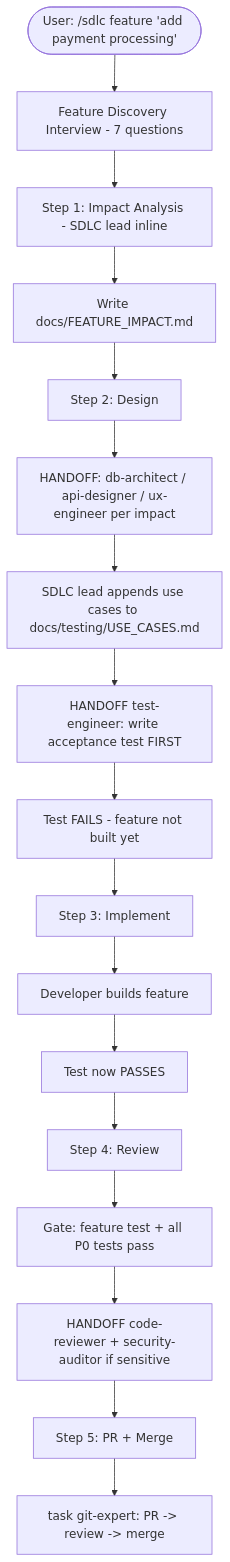
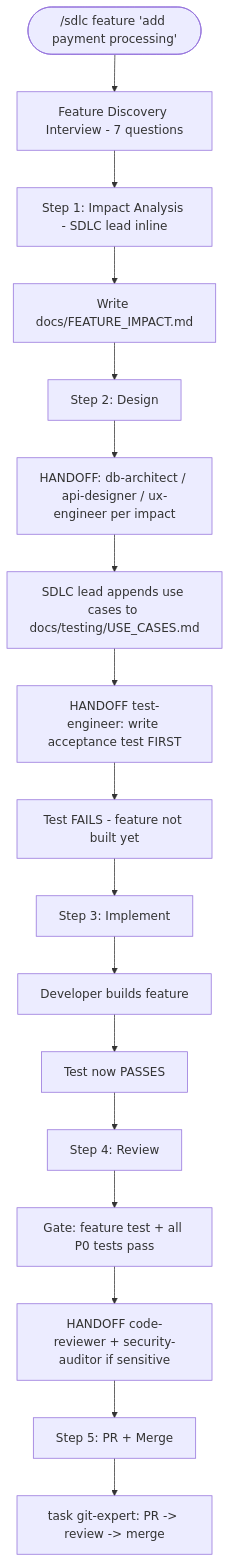
One commit to bpmforge/claude-experts changed the eighth of 9 diagrams in docs/AGENT_PROCESS_FLOW.md. Above: the diagram before and after it, drawn with Mermaid. The commit also changed other lines of this file and 15 other files, not shown here.

First line of the commit message:
security: harden researcher, fix mermaid syntax, extend LLM security checks

````diff
--- a/docs/AGENT_PROCESS_FLOW.md
+++ b/docs/AGENT_PROCESS_FLOW.md
@@ -244,19 +244,19 @@
 ```mermaid
 flowchart TD
-    Start([User: /sdlc feature 'add payment processing']) --> DI[Feature Discovery Interview - 7 questions]
+    Start(["/sdlc feature 'add payment processing'"]) --> DI[Feature Discovery Interview - 7 questions]
     DI --> Step1[Step 1: Impact Analysis - SDLC lead inline]
-    Step1 --> Impact[Write docs/FEATURE_IMPACT.md]
+    Step1 --> Impact["Write docs/FEATURE_IMPACT.md"]
     Impact --> Step2[Step 2: Design]
-    Step2 --> Specialist[HANDOFF: db-architect / api-designer / ux-engineer per impact]
-    Specialist --> UC[SDLC lead appends use cases to docs/testing/USE_CASES.md]
+    Step2 --> Specialist["HANDOFF: db-architect / api-designer / ux-engineer per impact"]
+    Specialist --> UC["SDLC lead appends use cases to docs/testing/USE_CASES.md"]
     UC --> AcceptanceTest[HANDOFF test-engineer: write acceptance test FIRST]
     AcceptanceTest --> Failing[Test FAILS - feature not built yet]
     Failing --> Step3[Step 3: Implement]
     Step3 --> Build[Developer builds feature]
     Build --> Passing[Test now PASSES]
     Passing --> Step4[Step 4: Review]
     Step4 --> P0Gate[Gate: feature test + all P0 tests pass]
     P0Gate --> Reviews[HANDOFF code-reviewer + security-auditor if sensitive]
     Reviews --> Step5[Step 5: PR + Merge]
-    Step5 --> Merge[task git-expert: PR -> review -> merge]
+    Step5 --> Merge["task git-expert: PR -> review -> merge"]
 ```
````
